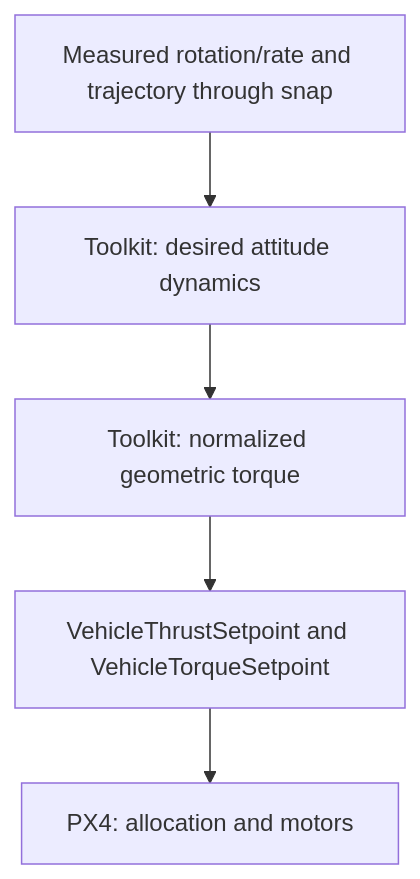
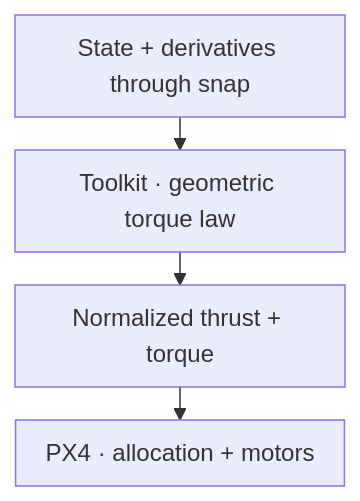
Before and after one commit to ANCL/px4-dev-toolkit: the diagram in docs/controllers/se3/geometric-normalized.md, drawn with Mermaid. The commit also changed other lines of this file and 41 other files, not shown here.

Commit message:
docs: refine typography, diagrams, and editorial presentation

````diff
--- a/docs/controllers/se3/geometric-normalized.md
+++ b/docs/controllers/se3/geometric-normalized.md
@@ -5,7 +5,15 @@
 ```mermaid
+---
+config:
+  flowchart:
+    useMaxWidth: false
+    wrappingWidth: 180
+    padding: 10
+    rankSpacing: 22
+    nodeSpacing: 24
+---
 flowchart TB
-    I[Measured rotation/rate and trajectory through snap] --> T[Toolkit: desired attitude dynamics]
-    T --> C[Toolkit: normalized geometric torque]
-    C --> S[VehicleThrustSetpoint and VehicleTorqueSetpoint]
-    S --> P[PX4: allocation and motors]
+    I["State + derivatives through snap"] --> C["Toolkit · geometric torque law"]
+    C --> S["Normalized thrust + torque"]
+    S --> P["PX4 · allocation + motors"]
 ```
````
